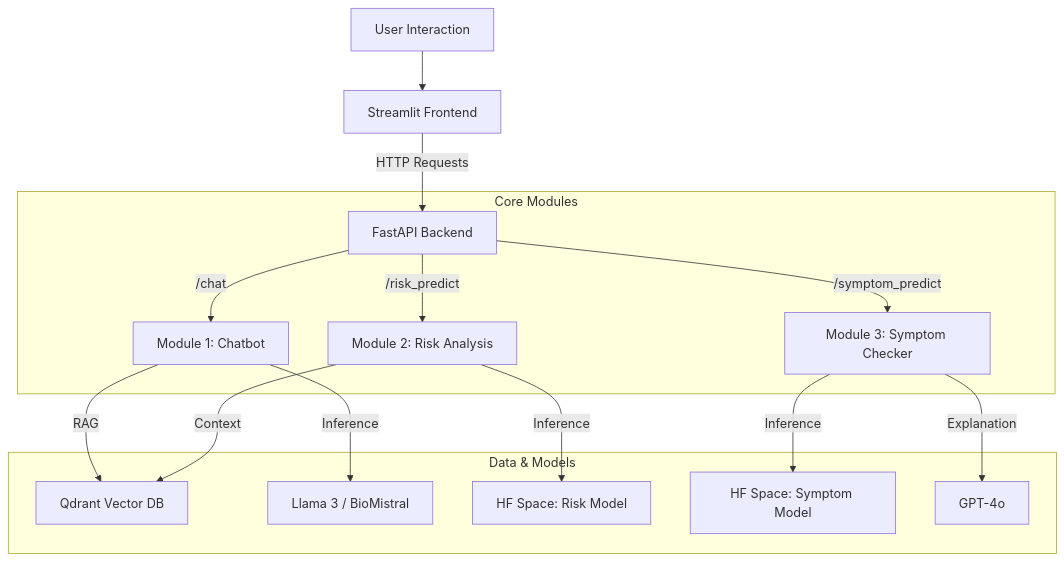
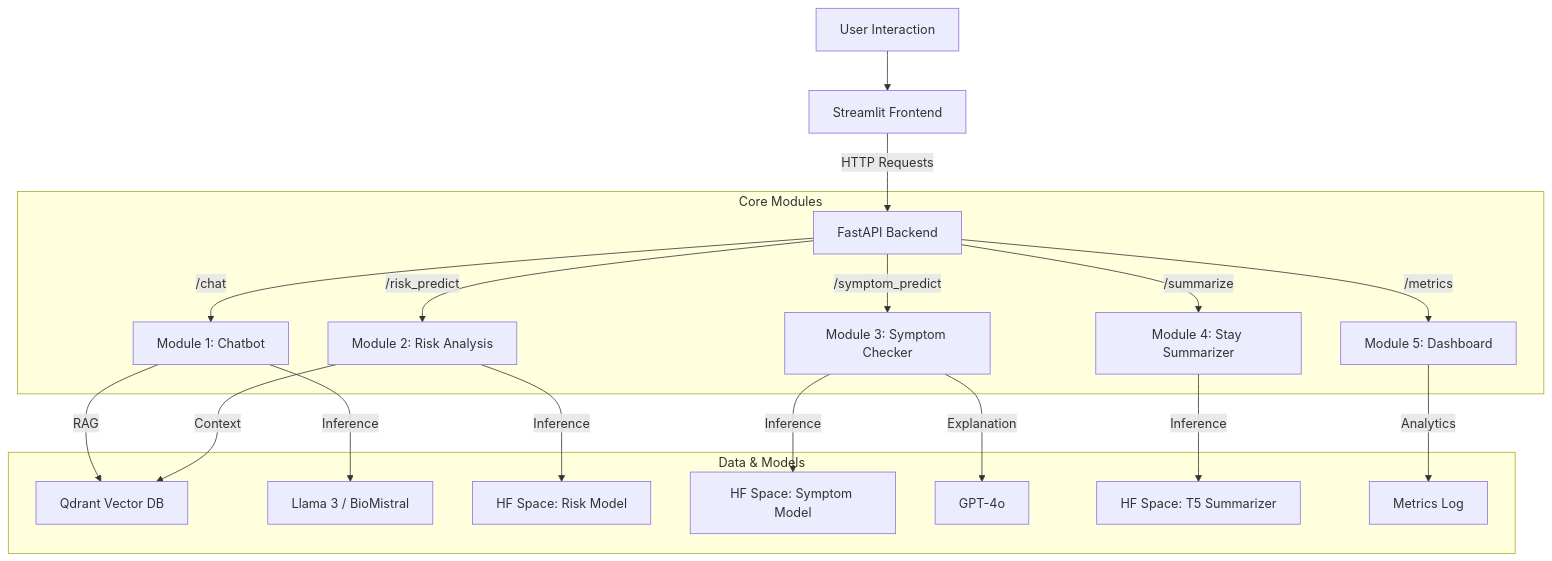
One commit to Himani03/AI-Healthcare-Agent changed the first of 4 diagrams in README.md. Above: the diagram before and after it, drawn with Mermaid. The commit also changed other lines of this file and 9 other files, not shown here.

````diff
--- a/README.md
+++ b/README.md
@@ -29,22 +30,28 @@
 ```mermaid
 graph TD
     User[User Interaction] --> Frontend[Streamlit Frontend]
     Frontend -->|HTTP Requests| Backend[FastAPI Backend]
     
     subgraph Core Modules
         Backend -->|/chat| Mod1[Module 1: Chatbot]
         Backend -->|/risk_predict| Mod2[Module 2: Risk Analysis]
         Backend -->|/symptom_predict| Mod3[Module 3: Symptom Checker]
+        Backend -->|/summarize| Mod4[Module 4: Stay Summarizer]
+        Backend -->|/metrics| Mod5[Module 5: Dashboard]
     end
     
     subgraph Data & Models
         Mod1 -->|RAG| Qdrant[Qdrant Vector DB]
         Mod1 -->|Inference| LLMs[Llama 3 / BioMistral]
         
         Mod2 -->|Context| Qdrant
         Mod2 -->|Inference| HF_Space1[HF Space: Risk Model]
         
         Mod3 -->|Inference| HF_Space2[HF Space: Symptom Model]
         Mod3 -->|Explanation| GPT4[GPT-4o]
+
+        Mod4 -->|Inference| HF_Space3[HF Space: T5 Summarizer]
+        
+        Mod5 -->|Analytics| MetricsDB[Metrics Log]
     end
 ```
````
